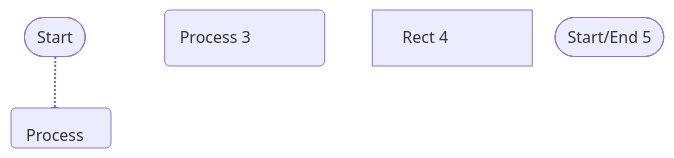
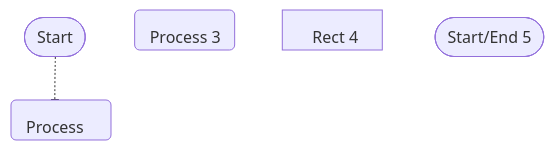
The diagram in mmd/232_f4105e03-7f63-4129-a173-d497182167d7.mmd (pingpm/mermaid_vault), drawn with Mermaid before and after one commit. The commit also changed 3 other files, not shown here.

Commit message:
Sync Mermaid Studio data (18 diagrams)

```diff
--- a/mmd/232_f4105e03-7f63-4129-a173-d497182167d7.mmd
+++ b/mmd/232_f4105e03-7f63-4129-a173-d497182167d7.mmd
@@ -1,13 +1,12 @@
 flowchart TD
   start(["Start"])
   1("Process")
   3d5166de-aa88-4c67-bc25-08e7a12c0637("Process 3")
   f7eda62b-d542-4726-ab54-cd0d9d1acf8e["Rect 4"]
   f85d701d-30c4-4382-bf2a-a1a712832af9(["Start/End 5"])
   start -.-> 1
-  linkStyle 0 stroke:#6366f1,stroke-width:2px
-  style start width:100px,height:40px,width:100px,height:40px
-  style 1 width:100px,height:40px,width:100px,height:40px
-  style 3d5166de-aa88-4c67-bc25-08e7a12c0637 width:160px,height:56px,width:160px,height:56px
-  style f7eda62b-d542-4726-ab54-cd0d9d1acf8e width:160px,height:56px,width:160px,height:56px
-  style f85d701d-30c4-4382-bf2a-a1a712832af9 width:160px,height:56px,width:160px,height:56px
+  style start width:100px,height:40px
+  style 1 width:100px,height:40px
+  style 3d5166de-aa88-4c67-bc25-08e7a12c0637 width:100px,height:40px
+  style f7eda62b-d542-4726-ab54-cd0d9d1acf8e width:100px,height:40px
+  style f85d701d-30c4-4382-bf2a-a1a712832af9 width:102px,height:40px
```
